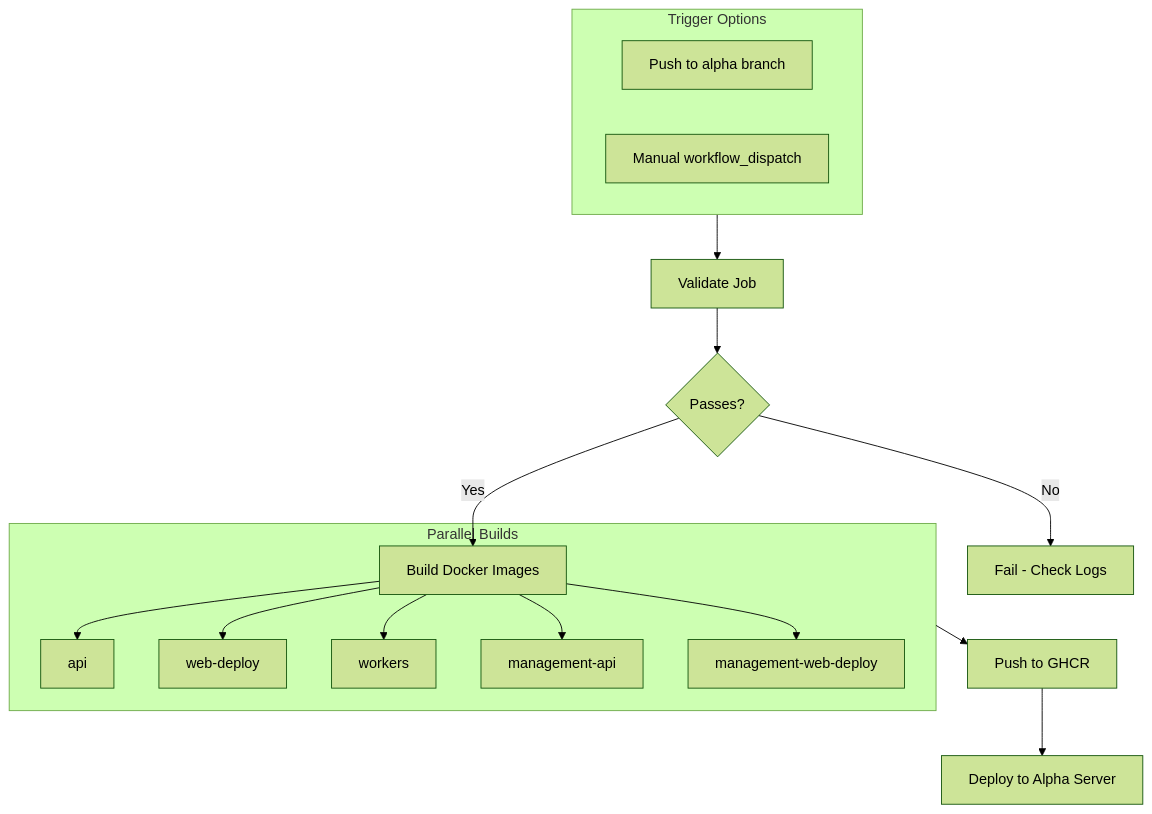
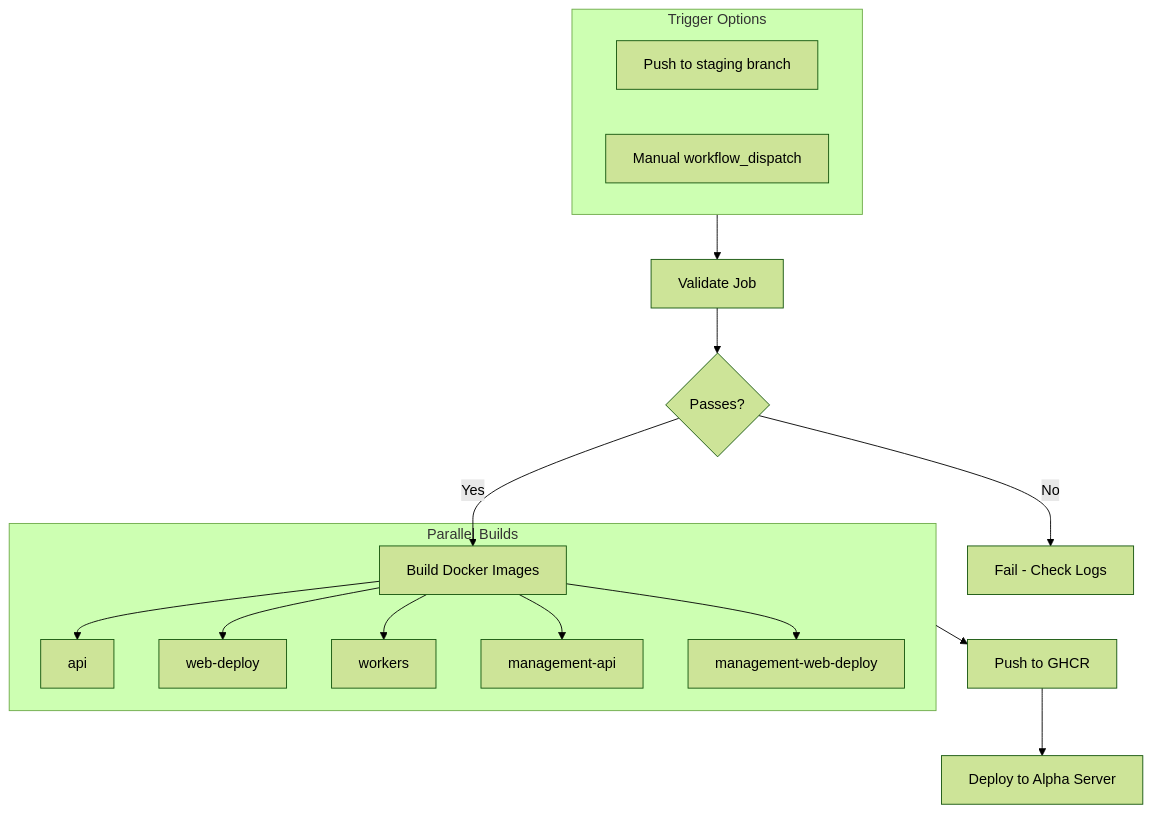
Before and after one commit to podverse/podverse: the diagram in docs/operations/ALPHA-DEPLOYMENT.md, drawn with Mermaid (forest theme). The commit also changed other lines of this file and 46 other files, not shown here.

````diff
--- a/docs/operations/ALPHA-DEPLOYMENT.md
+++ b/docs/operations/ALPHA-DEPLOYMENT.md
@@ -28,23 +27,23 @@
 ```mermaid
 flowchart TD
     subgraph trigger [Trigger Options]
-        A[Push to alpha branch]
+        A[Push to staging branch]
         B[Manual workflow_dispatch]
     end
 
     trigger --> C[Validate Job]
     C --> D{Passes?}
     D -->|No| E[Fail - Check Logs]
     D -->|Yes| F[Build Docker Images]
 
     subgraph parallel [Parallel Builds]
         F --> G[api]
         F --> H[web-deploy]
         F --> I[workers]
         F --> J[management-api]
         F --> K[management-web-deploy]
     end
 
     parallel --> L[Push to GHCR]
     L --> M[Deploy to Alpha Server]
 ```
````
